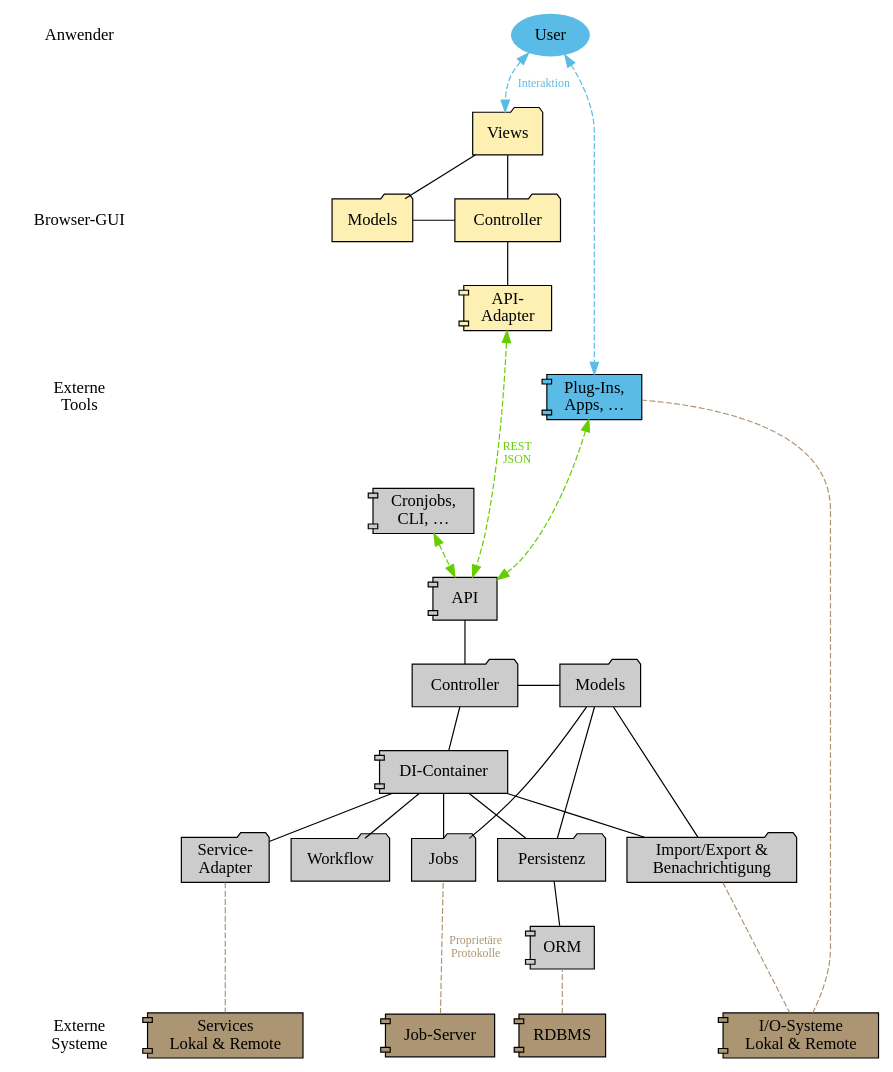
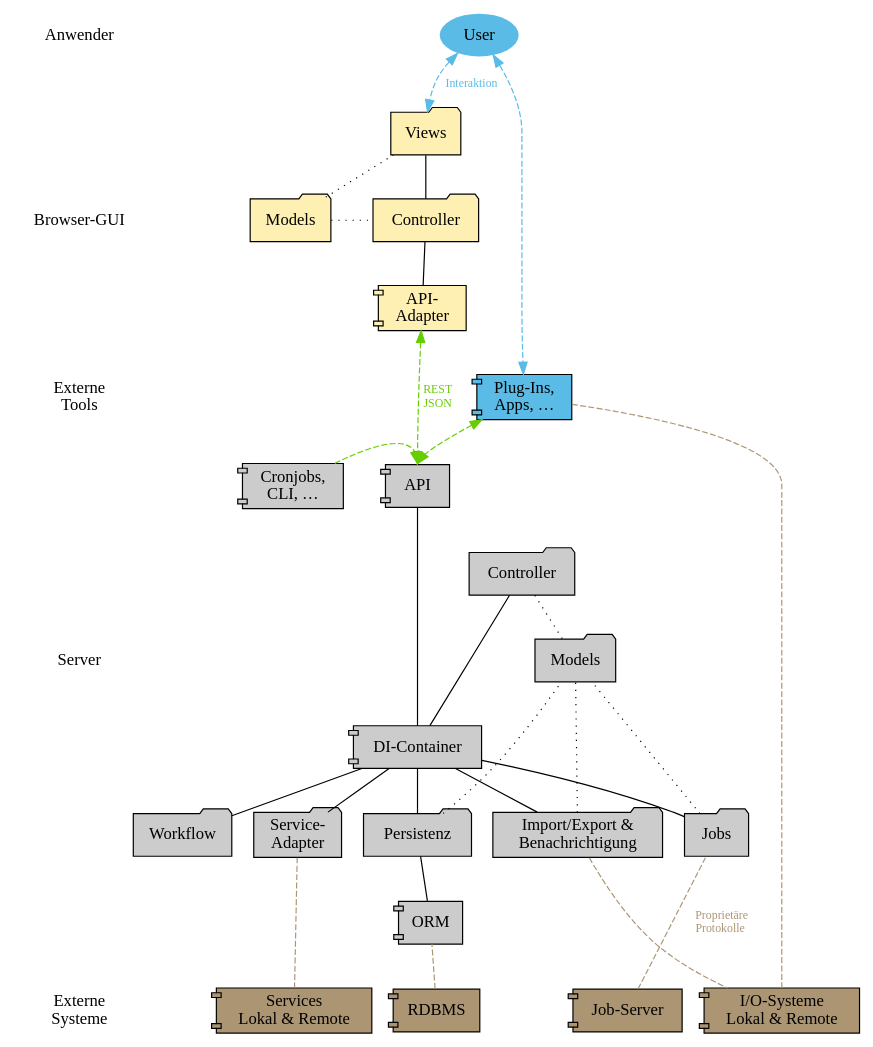
One commit to retext/retext changed the diagram in documents/thesis/media/komponenten.dot. Above: the diagram before and after it, drawn with Graphviz. The commit also changed 5 other files, not shown here.

```diff
--- a/documents/thesis/media/komponenten.dot
+++ b/documents/thesis/media/komponenten.dot
@@ -1,148 +1,144 @@
 digraph G {
 rankdir=TB
 
 edge [ arrowhead=onormal dir=forward fontsize=10 ]
 
 node [ style=filled fillcolor="#5abbe6" ]
 
 subgraph user {
   rank=same 
   ruser [ label="Anwender" shape=none style=solid ]
   user [ style=filled label="User" penwidth=0 ]
 }
 
 node [ fillcolor="#feefb3" ]
 
 subgraph c1 {
   rank=same
   r1 [ style=invis ]
   GuiViews [ label="Views" shape=folder ]
 }
 
-
-
 subgraph c2 {
   rank=same
   r2 [ label="Browser-GUI" shape=none style=solid ]
   GuiController [ label=Controller shape=folder ]
   GuiModels [ label=Models shape=folder ]
 }
 
 subgraph c3 {
   rank=same
   r3 [ style=invis ]
   ApiAdapter [ label="API-\nAdapter" shape=component ]
 }
 
 node [ fillcolor="#5abbe6" ]
 
 subgraph c4 {
   rank=same
   r4 [ label="Externe\nTools" shape=none style=solid ]
-  
-PlugIns [ shape=component label="Plug-Ins,\nApps, …" ]
+  PlugIns [ shape=component label="Plug-Ins,\nApps, …" ]
 }
 
 node [ fillcolor="#cccccc" penwidth=1 ]
 
 subgraph c5 {
   rank=same
   r5 [ style=invis ]
+  API [ shape=component ]
   Shell [ shape=component label="Cronjobs,\nCLI, …" ]
 }
 
 subgraph c6 {
   rank=same
   r6 [ style=invis ]
-  API [ shape=component ]
+  Controller [ shape=folder ]
 }
 
 subgraph c7 {
   rank=same
-  r7 [ style=invis ]
-  Controller [ shape=folder ]
-  Models [ shape=folder ]
+  r7 [ label="Server" shape=none style=solid ]
+  Models [ shape=folder ]    
 }
 
 subgraph c75 {
   rank=same
   r75 [ style=invis ]
   di [ label="DI-Container" shape=component ]
 }
 
 subgraph c8 {
   rank=same
   r8 [ style=invis ]
   IO [ label="Import/Export &\nBenachrichtigung" shape=folder ]
   Jobs [ shape=folder ]
   Persistenz [ shape=folder ]
   Workflow [ shape=folder ]
   ServiceAdapter [ shape=folder label="Service-\nAdapter" ]
 }
 
 subgraph c9 {
   rank=same
   r9 [ style=invis ]
   orm [ label="ORM" shape=component ]
 }
 
 node [ fillcolor="#AC9573" ]
 
 subgraph extern {
   rank=same
   extern [ label="Externe\nSysteme" shape=none style=solid ]
   RDBMS [ shape=component ]
   jobserver [ shape=component label="Job-Server" ]
-  iosub [ shape=component label="I/O-Systeme\nLokal & Remote" ]
-  Services [ shape=component label="Services\nLokal & Remote" ]
+  Services [ shape=component label="Services\nLokal & Remote" ]  
+iosub [ shape=component label="I/O-Systeme\nLokal & Remote" ]
 }
 
 
 # Reihenfolge der Schichten erzwingen
 edge [ style=invis ]
 ruser -> r1 -> r2 -> r3 -> r4 -> r5 -> r6 -> r7 -> r75 -> r8 -> r9 -> extern
 
 edge [ style=solid dir=none arrowhead=none ]
 
-di -> Controller
-
 edge [ tailport=none ]
 
 di -> Persistenz
 di -> IO
 di -> Jobs
 di -> Workflow
 di -> ServiceAdapter
+di -> API [ weight=10 ]
+di -> Controller
 
 edge [ headport=none tailport=none ]
 
-API -> Controller [ weight=10 ]
-Persistenz -> Models
-Controller -> Models
-Jobs -> Models
-IO -> Models
-
 GuiController -> ApiAdapter
 GuiController -> GuiViews
-GuiModels -> GuiViews
-GuiModels -> GuiController
 Persistenz -> orm
 
 edge [ color="#AC9573" style=dashed arrowhead=normal arrowtail=normal fontcolor="#AC9573" ]
-jobserver -> Jobs [ label="Proprietäre\nProtokolle" ]
+jobserver -> Jobs [ label="  Proprietäre\nProtokolle" ]
 RDBMS -> orm
 IO -> iosub
 ServiceAdapter -> Services
 iosub -> PlugIns
 
 edge [ arrowhead=normal dir=both color="#5abbe6" fontcolor="#5abbe6" ]
 user -> PlugIns
 user -> GuiViews [ label="Interaktion" ]
 
-edge [ color="#66cd00" fontcolor="#66cd00" ]
+edge [ color="#66cd00" fontcolor="#66cd00" headport=n ]
 ApiAdapter -> API [ label=" REST\n JSON" ]
 PlugIns -> API
 Shell -> API
 
+edge [ weight=none headport=none style=dotted color=black arrowhead=none arrowtail=none ]
+Persistenz -> Models
+Controller -> Models
+Jobs -> Models
+IO -> Models
+GuiViews -> GuiModels
+GuiModels -> GuiController
 
 }
```
